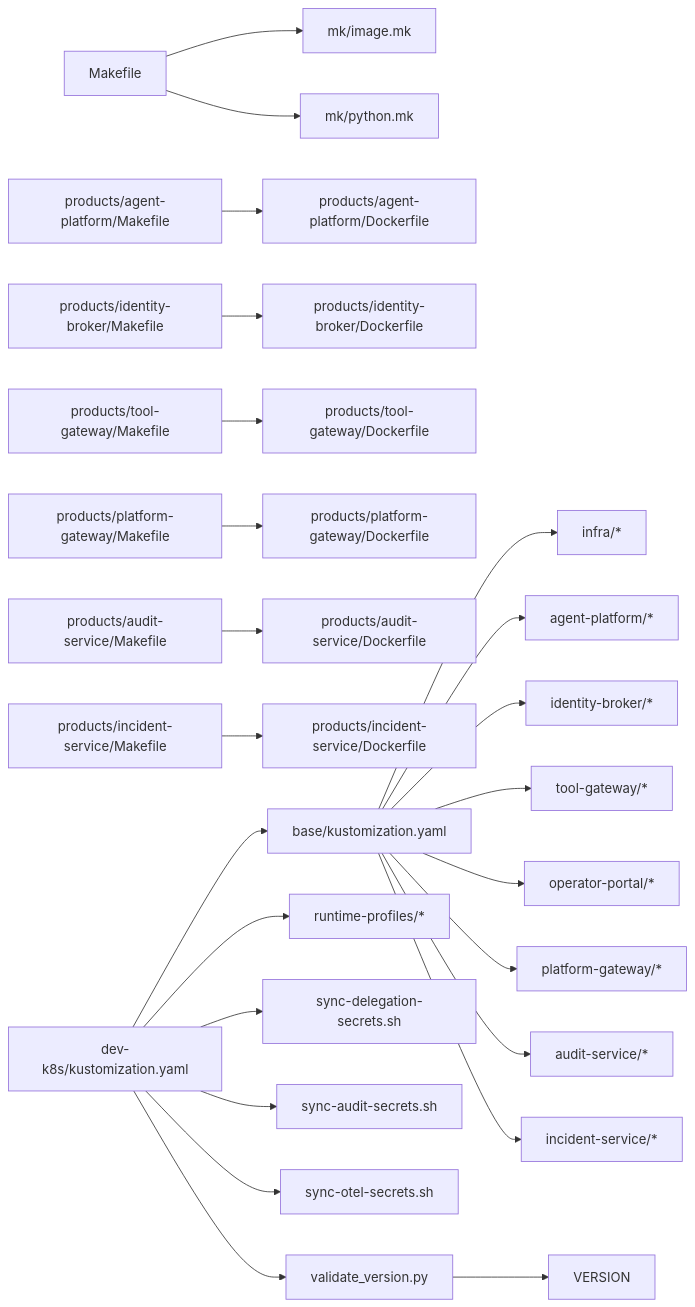
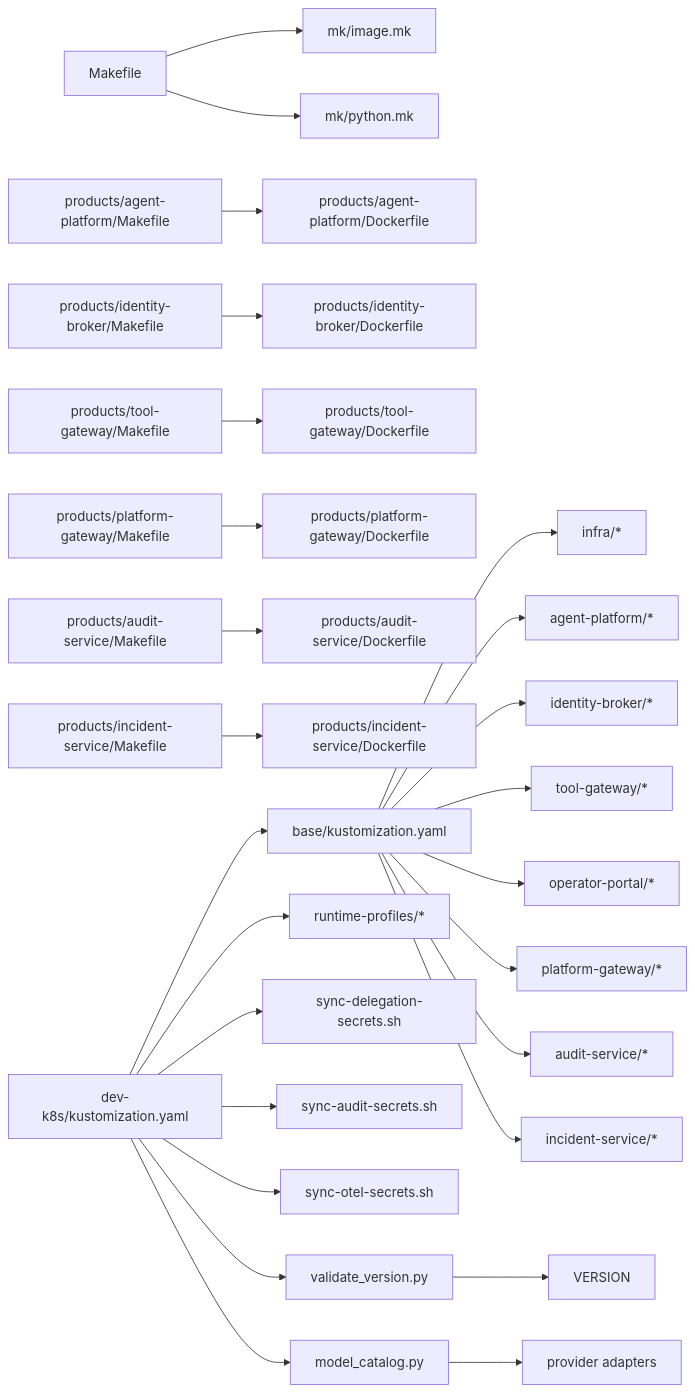
One commit to metasync/luban-aiops changed diagram 11 of 11 in .qoder/repowiki/en/content/Deployment and Operations/Deployment and Operations.md. Above: the diagram before and after it, drawn with Mermaid. The commit also changed other lines of this file and 3 other files, not shown here.

````diff
--- a/.qoder/repowiki/en/content/Deployment and Operations/Deployment and Operations.md
+++ b/.qoder/repowiki/en/content/Deployment and Operations/Deployment and Operations.md
@@ -704,26 +780,28 @@
 ```mermaid
 graph LR
 MakefileRoot["Makefile"] --> MkImage["mk/image.mk"]
 MakefileRoot --> MkPython["mk/python.mk"]
 APMake["products/agent-platform/Makefile"] --> APDocker["products/agent-platform/Dockerfile"]
 IBMake["products/identity-broker/Makefile"] --> IBDocker["products/identity-broker/Dockerfile"]
 TGMake["products/tool-gateway/Makefile"] --> TGDocker["products/tool-gateway/Dockerfile"]
 PGMake["products/platform-gateway/Makefile"] --> PGDocker["products/platform-gateway/Dockerfile"]
 ASMake["products/audit-service/Makefile"] --> ASDocker["products/audit-service/Dockerfile"]
 ISMake["products/incident-service/Makefile"] --> ISDocker["products/incident-service/Dockerfile"]
 BaseKust["base/kustomization.yaml"] --> Infra["infra/*"]
 BaseKust --> APRes["agent-platform/*"]
 BaseKust --> IBRes["identity-broker/*"]
 BaseKust --> TGRes["tool-gateway/*"]
 BaseKust --> OPRes["operator-portal/*"]
 BaseKust --> PGRes["platform-gateway/*"]
 BaseKust --> ASRes["audit-service/*"]
 BaseKust --> ISRes["incident-service/*"]
 OverlayKust["dev-k8s/kustomization.yaml"] --> BaseKust
 OverlayKust --> Profiles["runtime-profiles/*"]
 OverlayKust --> Delegation["sync-delegation-secrets.sh"]
 OverlayKust --> AuditSecrets["sync-audit-secrets.sh"]
 OverlayKust --> OTelSecrets["sync-otel-secrets.sh"]
 OverlayKust --> VersionValidation["validate_version.py"]
+OverlayKust --> ModelCatalog["model_catalog.py"]
 VersionValidation --> VERSION["VERSION"]
+ModelCatalog --> Providers["provider adapters"]
 ```
````
